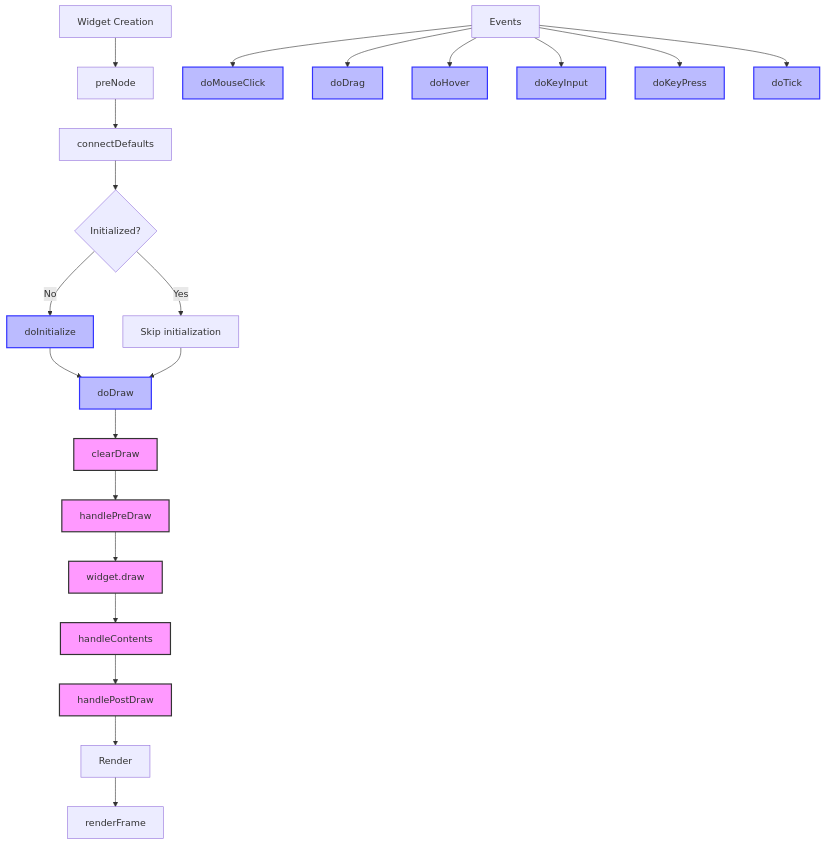
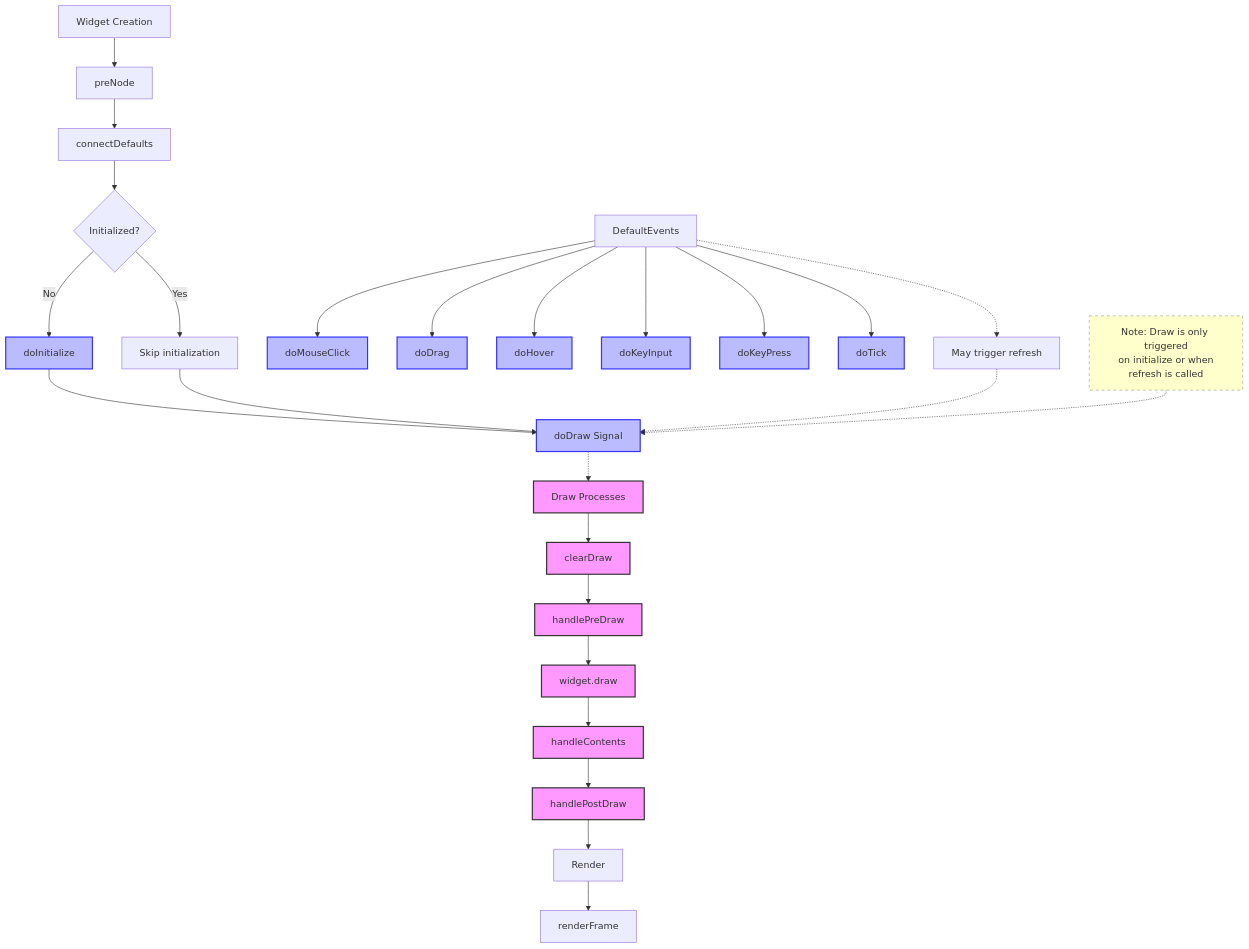
One commit to elcritch/figuro changed the diagram in README.md. Above: the diagram before and after it, drawn with Mermaid.

````diff
--- a/README.md
+++ b/README.md
@@ -23,33 +23,45 @@
 ```mermaid
 graph TD
     A[Widget Creation] --> B[preNode]
     B --> C[connectDefaults]
     C --> D{Initialized?}
     D -->|No| E[doInitialize]
     D -->|Yes| F[Skip initialization]
-    E --> G[doDraw]
+    
+    %% Draw signal and its processes
+    E --> G[doDraw Signal]
     F --> G
-    G --> G1[clearDraw]
+    G -.-> GA[Draw Processes]
+    GA --> G1[clearDraw]
     G1 --> G2[handlePreDraw]
     G2 --> G3[widget.draw]
     G3 --> G4[handleContents]
     G4 --> G5[handlePostDraw]
     
-    %% Event handling can happen at any time
-    H[Events] --> H1[doMouseClick]
+    %% Event handling 
+    H[DefaultEvents] --> H1[doMouseClick]
     H --> H2[doDrag]
     H --> H3[doHover]
     H --> H4[doKeyInput] 
     H --> H5[doKeyPress]
     H --> H6[doTick]
     
-    I[Render] --> I1[renderFrame]
+    %% These events trigger before draw and may cause refresh
+    H -.-> Z[May trigger refresh]
+    Z -.-> G
     
-    G5 --> I
+    G5 --> I[Render]
+    I --> I1[renderFrame]
+
+    %% Note about refresh
+    N[Note: Draw is only triggered<br/>on initialize or when<br/>refresh is called]
+    N -.-> G
     
     classDef process fill:#f9f,stroke:#333,stroke-width:2px;
     classDef signal fill:#bbf,stroke:#33f,stroke-width:2px;
+    classDef note fill:#ffffcc,stroke:#999,stroke-width:1px,stroke-dasharray: 5 5;
     
-    class G1,G2,G3,G4,G5 process;
+    class G1,G2,G3,G4,G5,GA process;
     class E,G,H1,H2,H3,H4,H5,H6 signal;
+    class N note;
 ```
````
